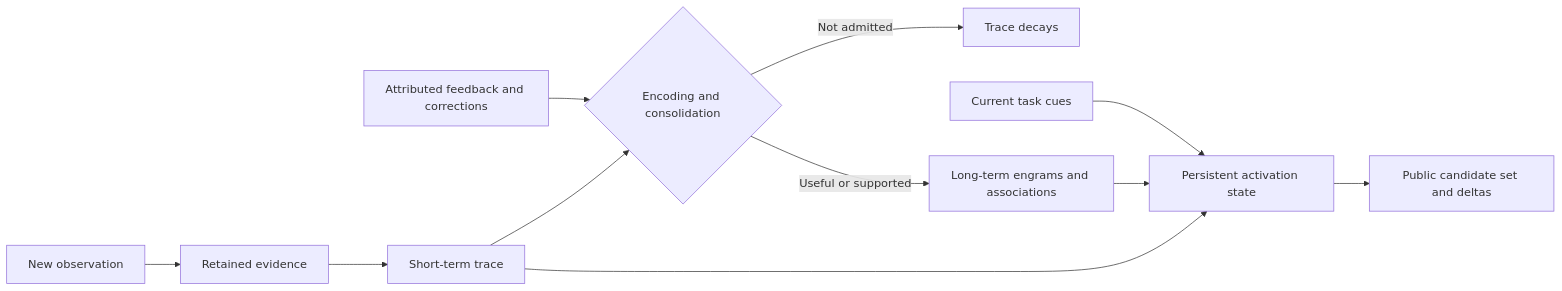
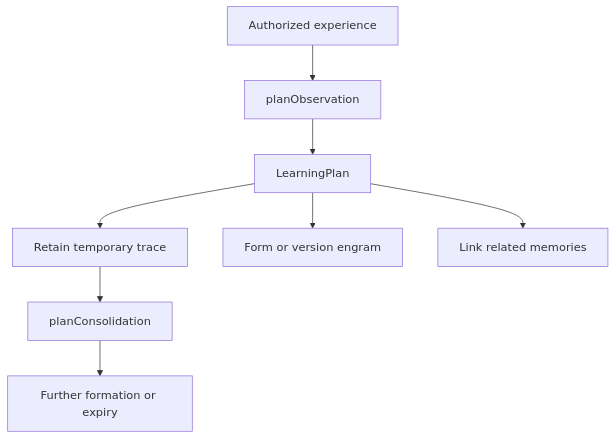
One commit to skein-js/recall-delta changed the fourth of 5 diagrams in docs/conceptual-typescript.md. Above: the diagram before and after it, drawn with Mermaid. The commit also changed other lines of this file and 11 other files, not shown here.

````diff
--- a/docs/conceptual-typescript.md
+++ b/docs/conceptual-typescript.md
@@ -125,13 +139,10 @@
 ```mermaid
-flowchart LR
-    O["New observation"] --> E["Retained evidence"]
-    E --> T["Short-term trace"]
-    T --> G{"Encoding and consolidation"}
-    G -->|"Not admitted"| F["Trace decays"]
-    G -->|"Useful or supported"| L["Long-term engrams and associations"]
-    T --> R["Persistent activation state"]
-    L --> R
-    C["Current task cues"] --> R
-    R --> P["Public candidate set and deltas"]
-    B["Attributed feedback and corrections"] --> G
+flowchart TB
+    observation["Authorized experience"] --> formation["planObservation"]
+    formation --> plan["LearningPlan"]
+    plan --> trace["Retain temporary trace"]
+    plan --> durable["Form or version engram"]
+    plan --> association["Link related memories"]
+    trace --> consolidation["planConsolidation"]
+    consolidation --> later["Further formation or expiry"]
 ```
````
